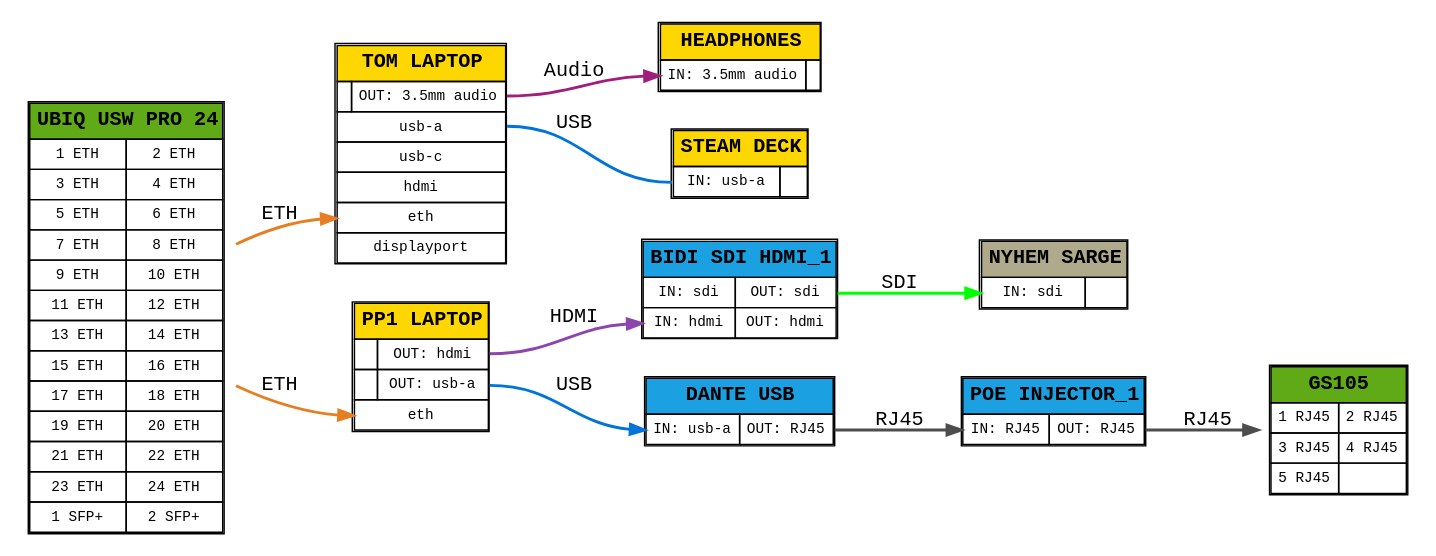
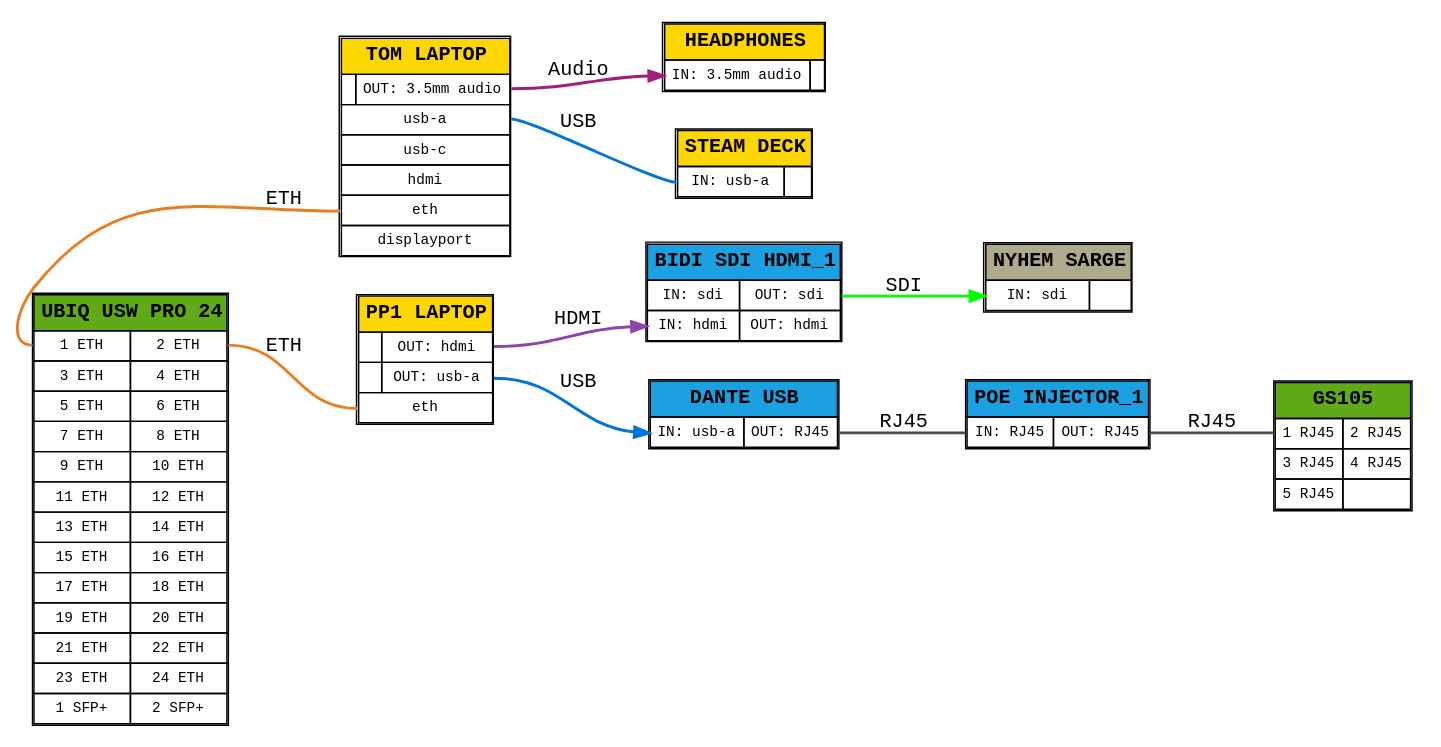
One commit to viktorfreiman/AVTrace changed the diagram in generated.gv. Above: the diagram before and after it, drawn with Graphviz. The commit also changed 1 other file, not shown here.

```diff
--- a/generated.gv
+++ b/generated.gv
@@ -1,198 +1,198 @@
 digraph G {
     rankdir = LR;
     node [shape = plaintext; fontname = "monospace";];
 
 
     
     UBIQ_USW_PRO_24 [label = <
         <table border="1" cellborder="1" cellspacing="0" cellpadding="4">
         <tr><td bgcolor="#60A917" colspan="2"><font point-size="14"><b>UBIQ USW PRO 24</b></font></td></tr>
         <tr>
             <td port="eth_1"><font point-size="10">1 ETH</font></td>
             <td port="eth_2"><font point-size="10">2 ETH</font></td>
         </tr>
         <tr>
             <td port="eth_3"><font point-size="10">3 ETH</font></td>
             <td port="eth_4"><font point-size="10">4 ETH</font></td>
         </tr>
         <tr>
             <td port="eth_5"><font point-size="10">5 ETH</font></td>
             <td port="eth_6"><font point-size="10">6 ETH</font></td>
         </tr>
         <tr>
             <td port="eth_7"><font point-size="10">7 ETH</font></td>
             <td port="eth_8"><font point-size="10">8 ETH</font></td>
         </tr>
         <tr>
             <td port="eth_9"><font point-size="10">9 ETH</font></td>
             <td port="eth_10"><font point-size="10">10 ETH</font></td>
         </tr>
         <tr>
             <td port="eth_11"><font point-size="10">11 ETH</font></td>
             <td port="eth_12"><font point-size="10">12 ETH</font></td>
         </tr>
         <tr>
             <td port="eth_13"><font point-size="10">13 ETH</font></td>
             <td port="eth_14"><font point-size="10">14 ETH</font></td>
         </tr>
         <tr>
             <td port="eth_15"><font point-size="10">15 ETH</font></td>
             <td port="eth_16"><font point-size="10">16 ETH</font></td>
         </tr>
         <tr>
             <td port="eth_17"><font point-size="10">17 ETH</font></td>
             <td port="eth_18"><font point-size="10">18 ETH</font></td>
         </tr>
         <tr>
             <td port="eth_19"><font point-size="10">19 ETH</font></td>
             <td port="eth_20"><font point-size="10">20 ETH</font></td>
         </tr>
         <tr>
             <td port="eth_21"><font point-size="10">21 ETH</font></td>
             <td port="eth_22"><font point-size="10">22 ETH</font></td>
         </tr>
         <tr>
             <td port="eth_23"><font point-size="10">23 ETH</font></td>
             <td port="eth_24"><font point-size="10">24 ETH</font></td>
         </tr>
         <tr>
             <td port="sfp+_1"><font point-size="10">1 SFP+</font></td>
             <td port="sfp+_2"><font point-size="10">2 SFP+</font></td>
         </tr>
         </table>
         >;];
 
     
     STEAM_DECK [label = <
         <table border="1" cellborder="1" cellspacing="0" cellpadding="4">
         <tr><td bgcolor="#FFD700" colspan="2"><font point-size="14"><b>STEAM DECK</b></font></td></tr>
         <tr>
             <td port="in_usb_a"><font point-size="10">IN: usb-a</font></td>
             <td></td>
         </tr>
         </table>
         >;];
 
     
     TOM_LAPTOP [label = <
         <table border="1" cellborder="1" cellspacing="0" cellpadding="4">
         <tr><td bgcolor="#FFD700" colspan="2"><font point-size="14"><b>TOM LAPTOP</b></font></td></tr>
         <tr>
             <td></td>
             <td port="out_port_3_5mm_audio"><font point-size="10">OUT: 3.5mm audio</font></td>
         </tr>
         <tr><td port="usb_a" colspan="2"><font point-size="10">usb-a</font></td></tr>
         <tr><td port="usb_c" colspan="2"><font point-size="10">usb-c</font></td></tr>
         <tr><td port="hdmi" colspan="2"><font point-size="10">hdmi</font></td></tr>
         <tr><td port="eth" colspan="2"><font point-size="10">eth</font></td></tr>
         <tr><td port="displayport" colspan="2"><font point-size="10">displayport</font></td></tr>
         </table>
         >;];
 
     
     PP1_LAPTOP [label = <
         <table border="1" cellborder="1" cellspacing="0" cellpadding="4">
         <tr><td bgcolor="#FFD700" colspan="2"><font point-size="14"><b>PP1 LAPTOP</b></font></td></tr>
         <tr>
             <td></td>
             <td port="out_hdmi"><font point-size="10">OUT: hdmi</font></td>
         </tr>
         <tr>
             <td></td>
             <td port="out_usb_a"><font point-size="10">OUT: usb-a</font></td>
         </tr>
         <tr><td port="eth" colspan="2"><font point-size="10">eth</font></td></tr>
         </table>
         >;];
 
     
     BIDI_SDI_HDMI_1 [label = <
         <table border="1" cellborder="1" cellspacing="0" cellpadding="4">
         <tr><td bgcolor="#1BA1E2" colspan="2"><font point-size="14"><b>BIDI SDI HDMI_1</b></font></td></tr>
         <tr>
             <td port="in_sdi"><font point-size="10">IN: sdi</font></td>
             <td port="out_sdi"><font point-size="10">OUT: sdi</font></td>
         </tr>
         <tr>
             <td port="in_hdmi"><font point-size="10">IN: hdmi</font></td>
             <td port="out_hdmi"><font point-size="10">OUT: hdmi</font></td>
         </tr>
         </table>
         >;];
 
     
     DANTE_USB [label = <
         <table border="1" cellborder="1" cellspacing="0" cellpadding="4">
         <tr><td bgcolor="#1BA1E2" colspan="2"><font point-size="14"><b>DANTE USB</b></font></td></tr>
         <tr>
             <td port="in_usb_a"><font point-size="10">IN: usb-a</font></td>
             <td port="out_RJ45"><font point-size="10">OUT: RJ45</font></td>
         </tr>
         </table>
         >;];
 
     
     POE_INJECTOR_1 [label = <
         <table border="1" cellborder="1" cellspacing="0" cellpadding="4">
         <tr><td bgcolor="#1BA1E2" colspan="2"><font point-size="14"><b>POE INJECTOR_1</b></font></td></tr>
         <tr>
             <td port="in_RJ45"><font point-size="10">IN: RJ45</font></td>
             <td port="out_RJ45"><font point-size="10">OUT: RJ45</font></td>
         </tr>
         </table>
         >;];
 
     
     GS105 [label = <
         <table border="1" cellborder="1" cellspacing="0" cellpadding="4">
         <tr><td bgcolor="#60A917" colspan="2"><font point-size="14"><b>GS105</b></font></td></tr>
         <tr>
             <td port="rj45_1"><font point-size="10">1 RJ45</font></td>
             <td port="rj45_2"><font point-size="10">2 RJ45</font></td>
         </tr>
         <tr>
             <td port="rj45_3"><font point-size="10">3 RJ45</font></td>
             <td port="rj45_4"><font point-size="10">4 RJ45</font></td>
         </tr>
         <tr>
             <td port="rj45_5"><font point-size="10">5 RJ45</font></td>
             <td></td>
         </tr>
         </table>
         >;];
 
     
     NYHEM_SARGE [label = <
         <table border="1" cellborder="1" cellspacing="0" cellpadding="4">
         <tr><td bgcolor="#AFAA8B" colspan="2"><font point-size="14"><b>NYHEM SARGE</b></font></td></tr>
         <tr>
             <td port="in_sdi"><font point-size="10">IN: sdi</font></td>
             <td></td>
         </tr>
         </table>
         >;];
 
     
     HEADPHONES [label = <
         <table border="1" cellborder="1" cellspacing="0" cellpadding="4">
         <tr><td bgcolor="#FFD700" colspan="2"><font point-size="14"><b>HEADPHONES</b></font></td></tr>
         <tr>
             <td port="in_port_3_5mm_audio"><font point-size="10">IN: 3.5mm audio</font></td>
             <td></td>
         </tr>
         </table>
         >;];
 
 
     // Connections
 
     TOM_LAPTOP:usb_a -> STEAM_DECK:in_usb_a [label = "USB"; color = "#0074D9"; penwidth = 2; fontname = "monospace"; dir = none;];
     TOM_LAPTOP:out_port_3_5mm_audio -> HEADPHONES:in_port_3_5mm_audio [label = "Audio"; color = "#A21E7D"; penwidth = 2; fontname = "monospace";];
     PP1_LAPTOP:out_hdmi -> BIDI_SDI_HDMI_1:in_hdmi [label = "HDMI"; color = "#8E44AD"; penwidth = 2; fontname = "monospace";];
     BIDI_SDI_HDMI_1:out_sdi -> NYHEM_SARGE:in_sdi [label = "SDI"; color = "#00FF00"; penwidth = 2; fontname = "monospace";];
-    UBIQ_USW_PRO_24:eth -> TOM_LAPTOP:eth [label = "ETH"; color = "#E67E22"; penwidth = 2; fontname = "monospace";];
-    UBIQ_USW_PRO_24:eth -> PP1_LAPTOP:eth [label = "ETH"; color = "#E67E22"; penwidth = 2; fontname = "monospace";];
+    UBIQ_USW_PRO_24:eth_1 -> TOM_LAPTOP:eth [label = "ETH"; color = "#E67E22"; penwidth = 2; fontname = "monospace"; dir = none;];
+    UBIQ_USW_PRO_24:eth_2 -> PP1_LAPTOP:eth [label = "ETH"; color = "#E67E22"; penwidth = 2; fontname = "monospace"; dir = none;];
     PP1_LAPTOP:out_usb_a -> DANTE_USB:in_usb_a [label = "USB"; color = "#0074D9"; penwidth = 2; fontname = "monospace";];
-    DANTE_USB:out_RJ45 -> POE_INJECTOR_1:in_RJ45 [label = "RJ45"; color = "#4D4D4D"; penwidth = 2; fontname = "monospace";];
-    POE_INJECTOR_1:out_RJ45 -> GS105:RJ45 [label = "RJ45"; color = "#4D4D4D"; penwidth = 2; fontname = "monospace";];
+    DANTE_USB:out_RJ45 -> POE_INJECTOR_1:in_RJ45 [label = "RJ45"; color = "#4D4D4D"; penwidth = 2; fontname = "monospace"; dir = none;];
+    POE_INJECTOR_1:out_RJ45 -> GS105:rj45_1 [label = "RJ45"; color = "#4D4D4D"; penwidth = 2; fontname = "monospace"; dir = none;];
 }
```
